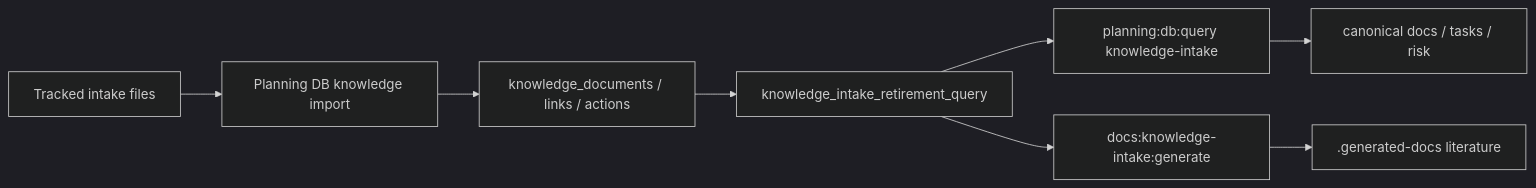
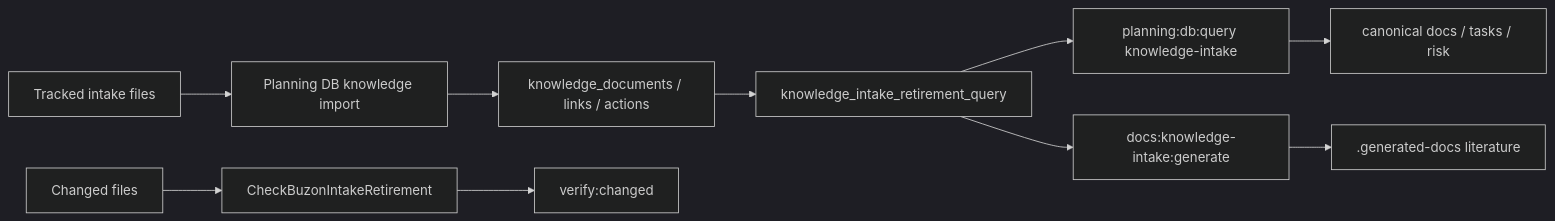
Before and after one commit to dunay2/dvt: the diagram in docs/architecture/components/ci-governance/knowledge-intake-retirement-component.md, drawn with Mermaid (dark theme). The commit also changed other lines of this file and 8 other files, not shown here.

Commit message:
fix(planner): Block new buzon intake files

````diff
--- a/docs/architecture/components/ci-governance/knowledge-intake-retirement-component.md
+++ b/docs/architecture/components/ci-governance/knowledge-intake-retirement-component.md
@@ -76,10 +91,12 @@
 ```mermaid
 flowchart LR
   Buzon["Tracked intake files"] --> Importer["Planning DB knowledge import"]
   Importer --> Knowledge["knowledge_documents / links / actions"]
   Knowledge --> Retirement["knowledge_intake_retirement_query"]
   Retirement --> Agents["planning:db:query knowledge-intake"]
   Retirement --> Literature["docs:knowledge-intake:generate"]
+  ChangedFiles["Changed files"] --> Guard["CheckBuzonIntakeRetirement"]
+  Guard --> VerifyChanged["verify:changed"]
   Agents --> CanonicalDocs["canonical docs / tasks / risk"]
   Literature --> LocalRender[".generated-docs literature"]
 ```
````
